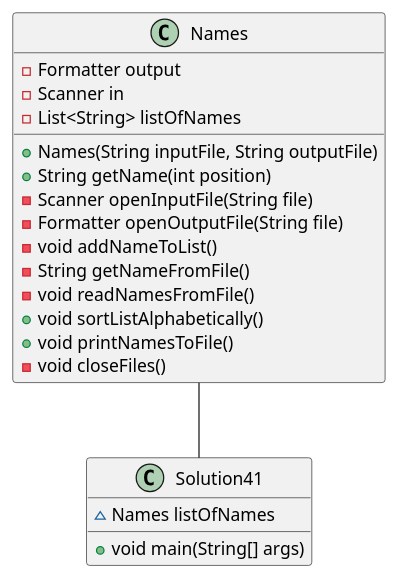
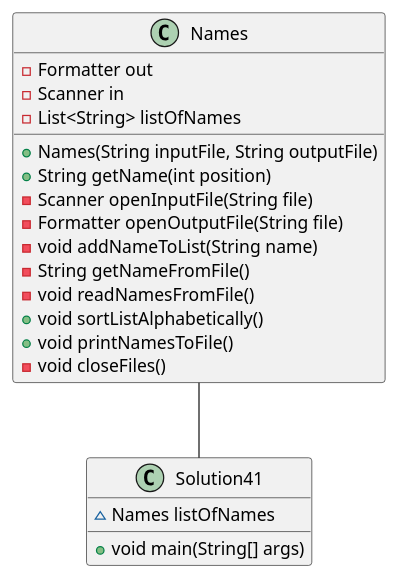
Before and after one commit to jkglaspey/glaspey-a04: the diagram in exercise41/docs/Solution41UMLDiagram.puml, drawn with PlantUML. The commit also changed 22 other files, not shown here.

Commit message:
Implementation for Exercise 42 / Fixes to UML Diagram of Exercise 41

```diff
--- a/exercise41/docs/Solution41UMLDiagram.puml
+++ b/exercise41/docs/Solution41UMLDiagram.puml
@@ -1,25 +1,25 @@
 @startuml
 class Names {
--Formatter output
+-Formatter out
 -Scanner in
 -List<String> listOfNames
 
 +Names(String inputFile, String outputFile)
 +String getName(int position)
 -Scanner openInputFile(String file)
 -Formatter openOutputFile(String file)
--void addNameToList()
+-void addNameToList(String name)
 -String getNameFromFile()
 -void readNamesFromFile()
 +void sortListAlphabetically()
 +void printNamesToFile()
 -void closeFiles()
 }
 
 class Solution41 {
 ~Names listOfNames
 +void main(String[] args)
 }
 
 Names -- Solution41
 @enduml
```
